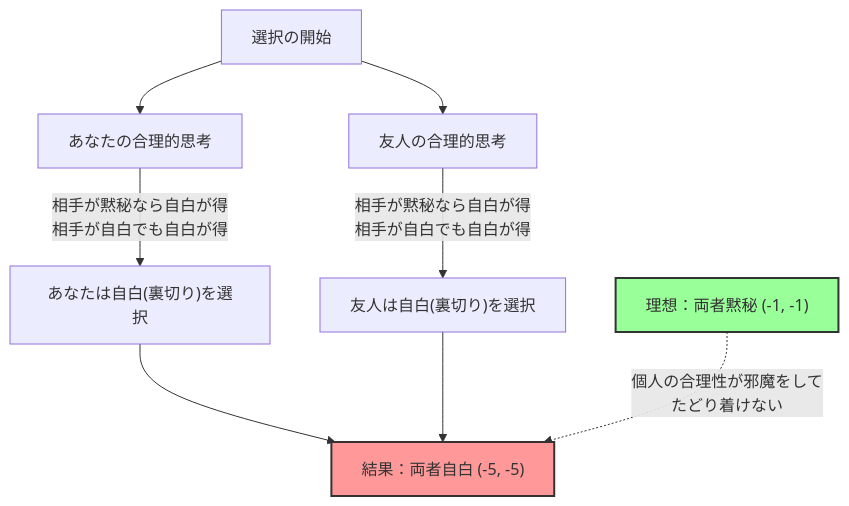
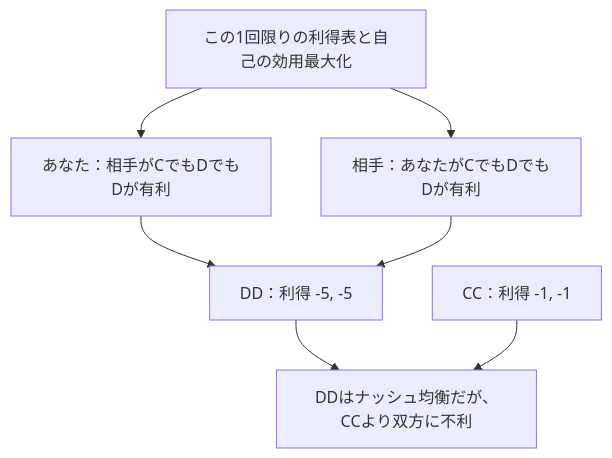
The first of 2 diagrams in content/post/囚人のジレンマ/index.md (kenjinote/blog), drawn with Mermaid before and after one commit. The commit also changed other lines of this file and 13 other files, not shown here.

````diff
--- a/content/post/囚人のジレンマ/index.md
+++ b/content/post/囚人のジレンマ/index.md
@@ -72,16 +87,9 @@
 ```mermaid
 graph TD
-    Start["選択の開始"] --> Logic_You["あなたの合理的思考"]
-    Start --> Logic_Friend["友人の合理的思考"]
-    
-    Logic_You -->|"相手が黙秘なら自白が得<br>相手が自白でも自白が得"| Betray_You["あなたは自白(裏切り)を選択"]
-    Logic_Friend -->|"相手が黙秘なら自白が得<br>相手が自白でも自白が得"| Betray_Friend["友人は自白(裏切り)を選択"]
-    
-    Betray_You --> Result["結果：両者自白 (-5, -5)"]
-    Betray_Friend --> Result
-    
-    Ideal["理想：両者黙秘 (-1, -1)"] -.->|"個人の合理性が邪魔をして<br>たどり着けない"| Result
-    
-    style Result fill:#ff9999,stroke:#333,stroke-width:2px
-    style Ideal fill:#99ff99,stroke:#333,stroke-width:2px
+    Model["この1回限りの利得表と自己の効用最大化"] --> You["あなた：相手がCでもDでもDが有利"]
+    Model --> Other["相手：あなたがCでもDでもDが有利"]
+    You --> DD["DD：利得 -5, -5"]
+    Other --> DD
+    DD --> Compare["DDはナッシュ均衡だが、CCより双方に不利"]
+    CC["CC：利得 -1, -1"] --> Compare
 ```
````
